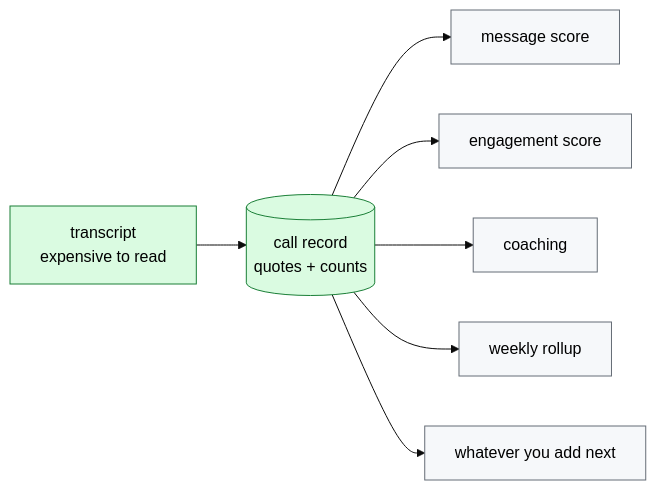
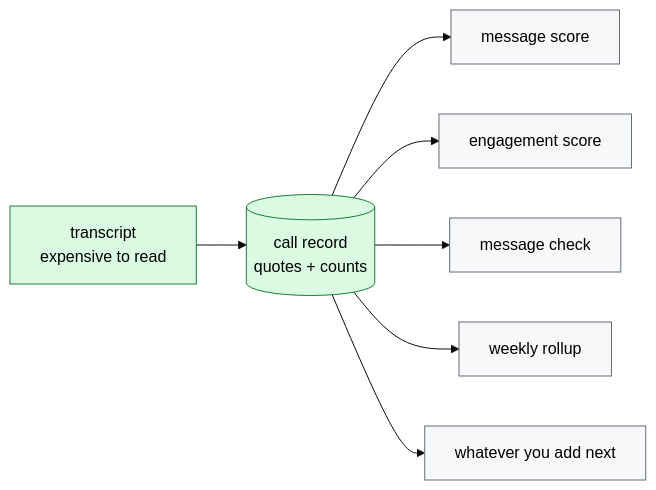
The second of 2 diagrams in README.md (barbararomeira/evidence-scored-call-review), drawn with Mermaid (base theme) before and after one commit. The commit also changed other lines of this file, not shown here.

First line of the commit message:
Call it a message check throughout the README

````diff
--- a/README.md
+++ b/README.md
@@ -172,14 +174,14 @@
 ```mermaid
 flowchart LR
     T[transcript<br/>expensive to read] --> R[(call record<br/>quotes + counts)]
     R --> A[message score]
     R --> B[engagement score]
-    R --> C[coaching]
+    R --> C[message check]
     R --> D[weekly rollup]
     R --> E[whatever you add next]
 
     classDef io fill:#dafbe1,stroke:#1a7f37,color:#000
     classDef python fill:#f6f8fa,stroke:#656d76,color:#000
     class T,R io
     class A,B,C,D,E python
 ```
````
